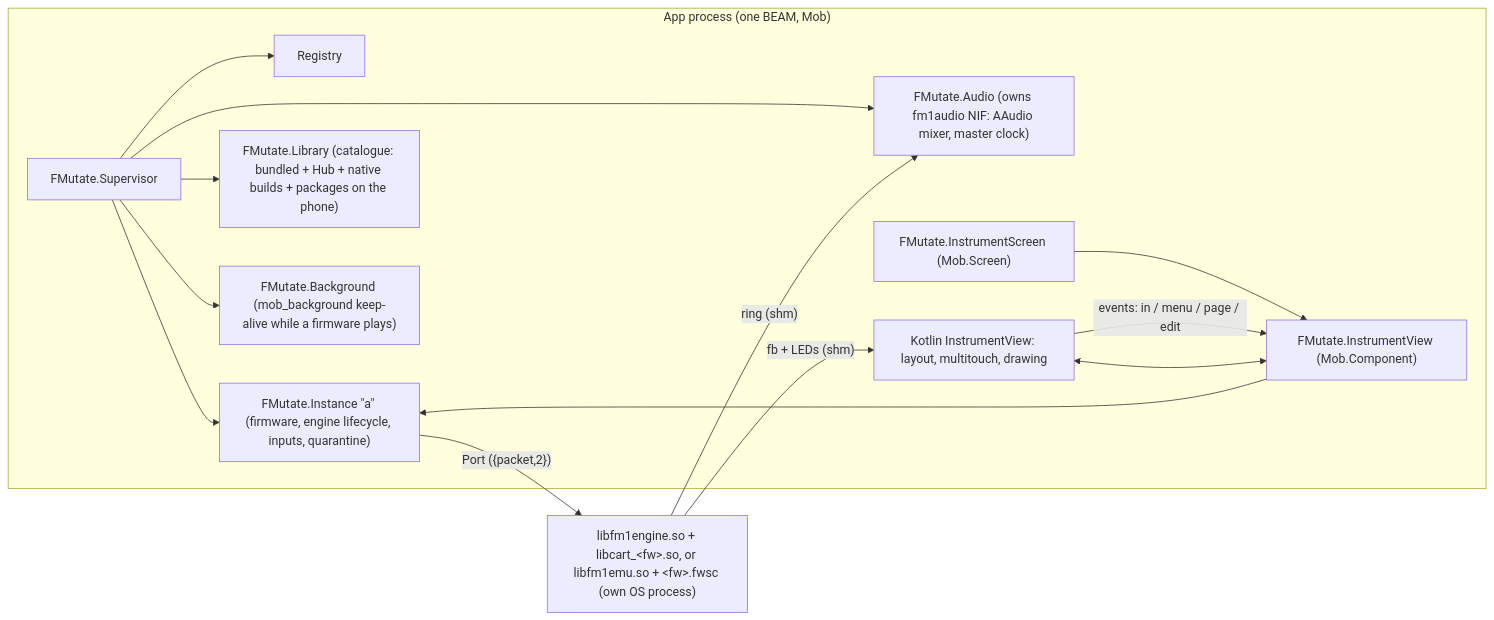
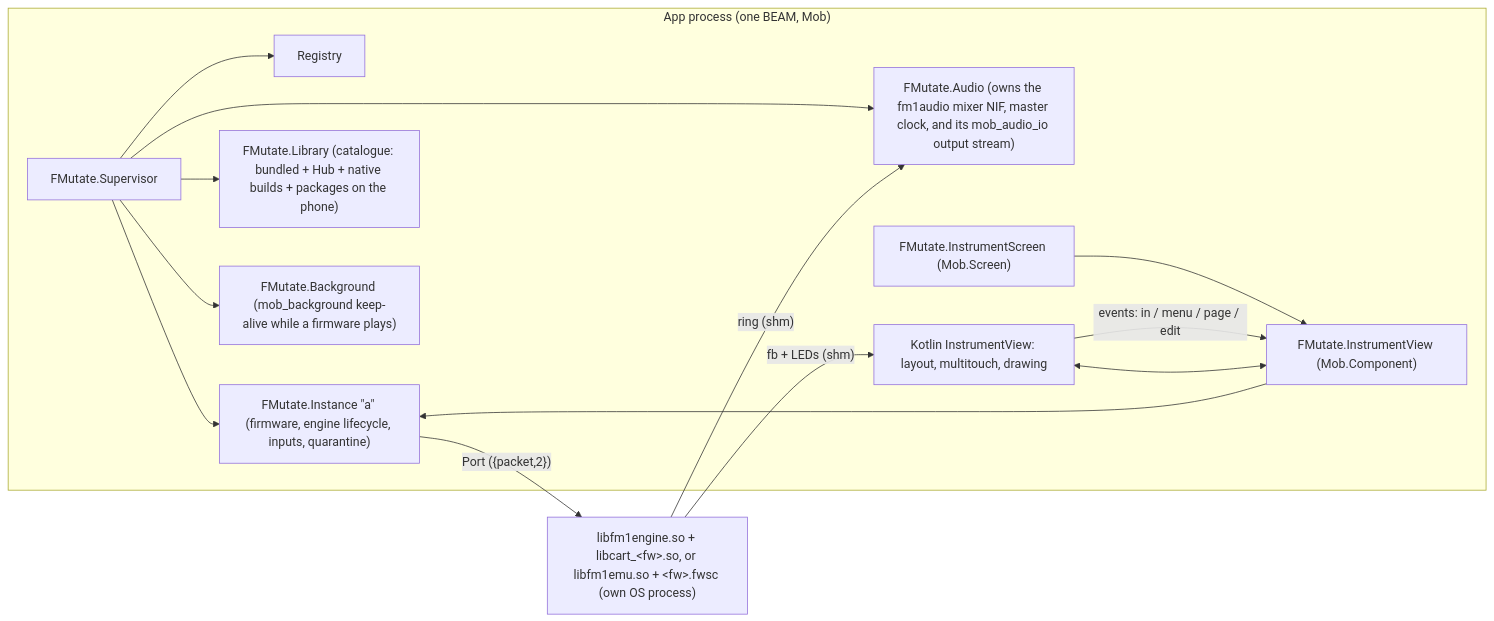
One commit to GenericJam/fmutate changed the diagram in docs/architecture.md. Above: the diagram before and after it, drawn with Mermaid. The commit also changed other lines of this file and 22 other files, not shown here.

````diff
--- a/docs/architecture.md
+++ b/docs/architecture.md
@@ -12,16 +12,16 @@
 ```mermaid
 flowchart LR
   subgraph app["App process (one BEAM, Mob)"]
     SUP[FMutate.Supervisor] --> REG[Registry]
-    SUP --> AUD["FMutate.Audio (owns fm1audio NIF: AAudio mixer, master clock)"]
+    SUP --> AUD["FMutate.Audio (owns the fm1audio mixer NIF, master clock, and its mob_audio_io output stream)"]
     SUP --> INST["FMutate.Instance &quot;a&quot; (firmware, engine lifecycle, inputs, quarantine)"]
     SUP --> LIB["FMutate.Library (catalogue: bundled + Hub + native builds + packages on the phone)"]
     SUP --> BG["FMutate.Background (mob_background keep-alive while a firmware plays)"]
     SCR["FMutate.InstrumentScreen (Mob.Screen)"] --> VIEW["FMutate.InstrumentView (Mob.Component)"]
     VIEW <--> KT["Kotlin InstrumentView: layout, multitouch, drawing"]
   end
   INST -- "Port ({packet,2})" --> ENG["libfm1engine.so + libcart_&lt;fw&gt;.so, or libfm1emu.so + &lt;fw&gt;.fwsc (own OS process)"]
   ENG -- "ring (shm)" --> AUD
   ENG -- "fb + LEDs (shm)" --> KT
   KT -- "events: in / menu / page / edit" --> VIEW --> INST
 ```
````
